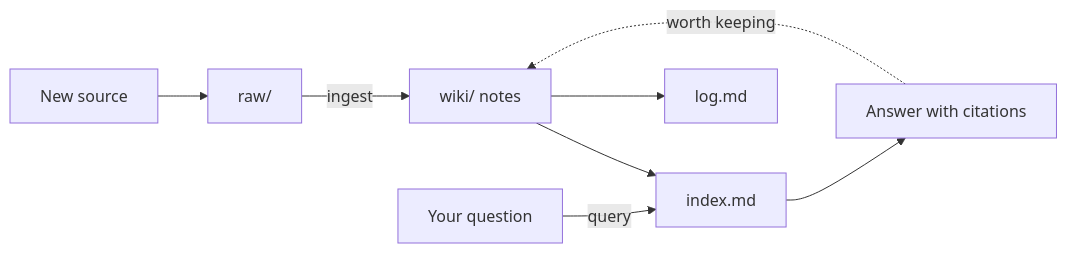
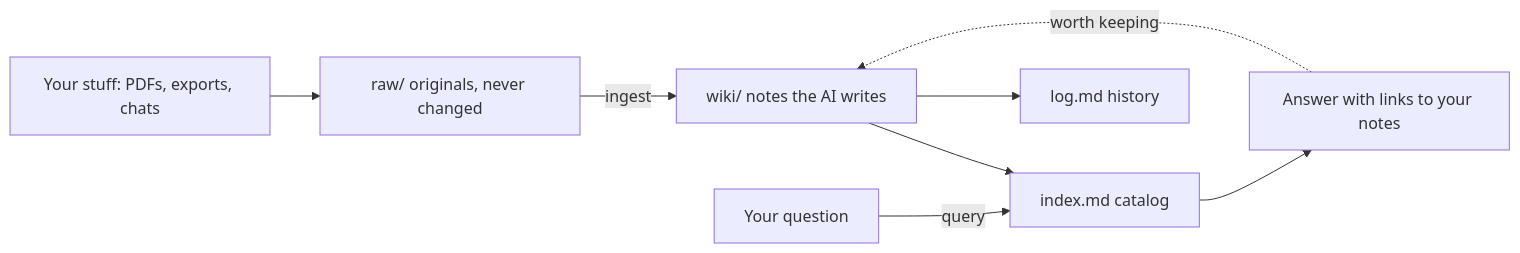
The diagram in README.md (builtby-hariAI/Second-Brain-Template), drawn with Mermaid before and after one commit. The commit also changed other lines of this file and 10 other files, not shown here.

````diff
--- a/README.md
+++ b/README.md
@@ -24,9 +43,9 @@
 ```mermaid
 flowchart LR
-    S[New source] --> R[raw/]
-    R -->|ingest| W[wiki/ notes]
-    W --> I[index.md]
-    W --> L[log.md]
-    Q[Your question] -->|query| I --> A[Answer with citations]
+    S[Your stuff: PDFs, exports, chats] --> R[raw/ originals, never changed]
+    R -->|ingest| W[wiki/ notes the AI writes]
+    W --> I[index.md catalog]
+    W --> L[log.md history]
+    Q[Your question] -->|query| I --> A[Answer with links to your notes]
     A -.->|worth keeping| W
 ```
````
